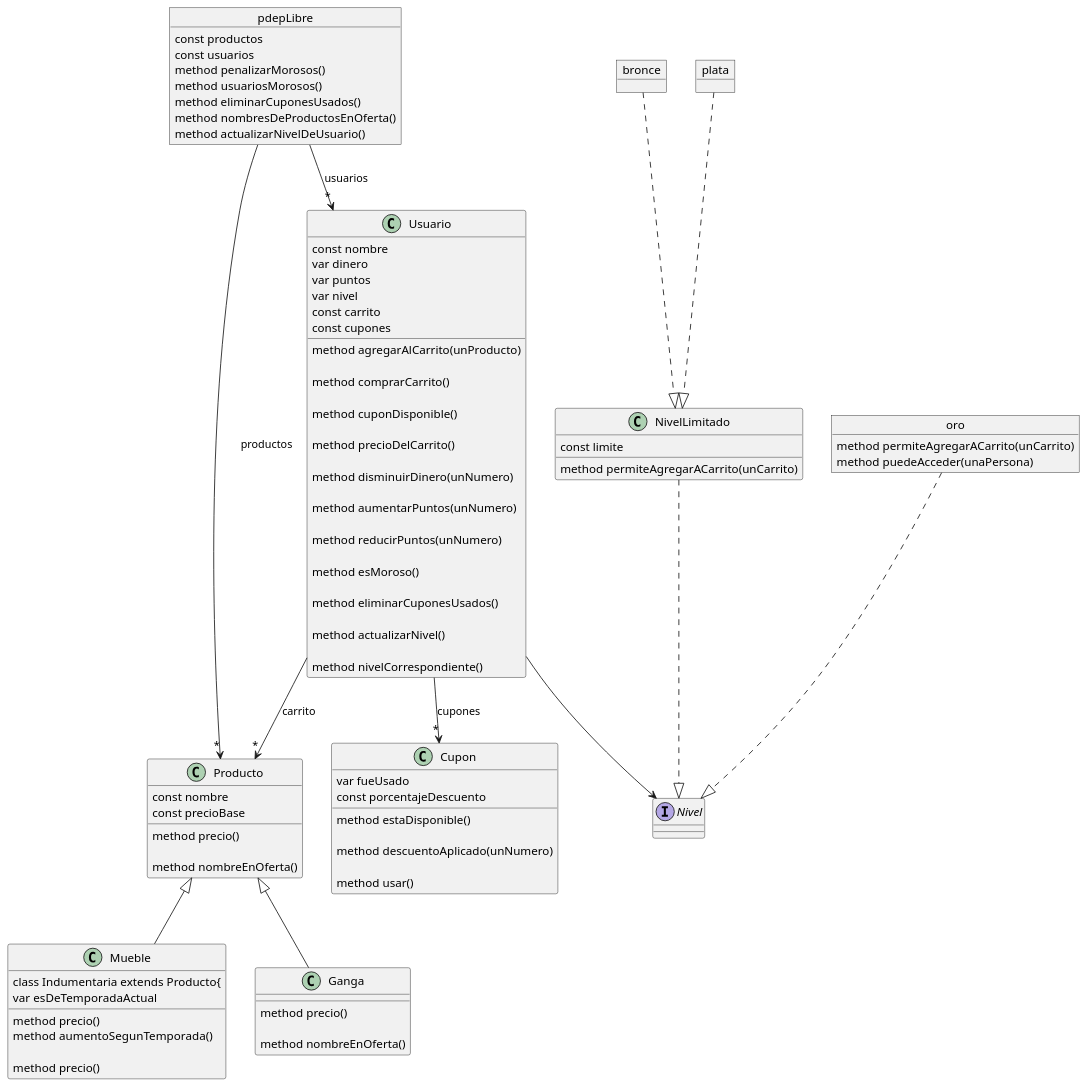
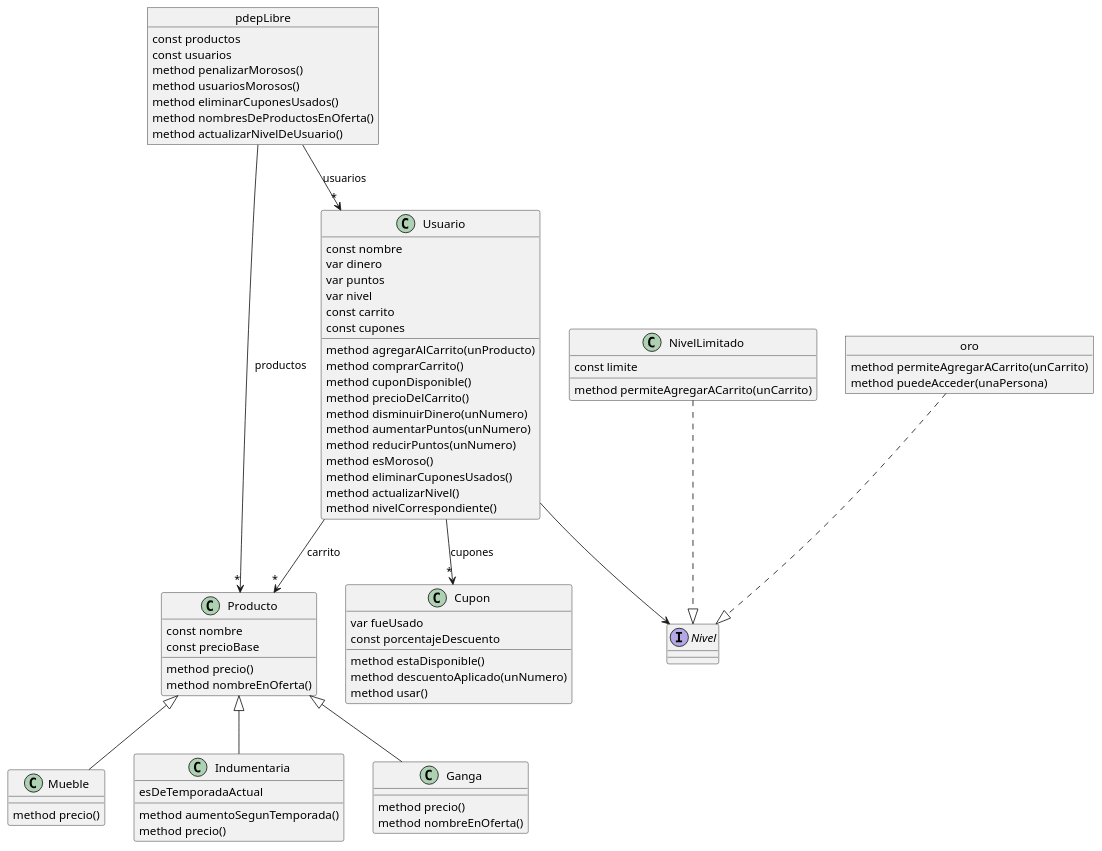
One commit to vclevy/Paradigmas changed the diagram in Objetos/Parciales/PdepLibreV/pdepLibreDC.plantuml. Above: the diagram before and after it, drawn with PlantUML.

Commit message:
detalle del DC de PdepLibre

```diff
--- a/Objetos/Parciales/PdepLibreV/pdepLibreDC.plantuml
+++ b/Objetos/Parciales/PdepLibreV/pdepLibreDC.plantuml
@@ -1,122 +1,91 @@
 @startuml
 
 class Producto{
     const nombre
     const precioBase
 
     method precio()
-
     method nombreEnOferta()
 }
 
 class Mueble extends Producto{
     method precio()
+}
 
 class Indumentaria extends Producto{
-    var esDeTemporadaActual
+    esDeTemporadaActual
 
     method aumentoSegunTemporada()
-
     method precio()
 }
 
 class Ganga extends Producto{
-
     method precio()
-
     method nombreEnOferta()
 }
 
 class Cupon{
     var fueUsado 
     const porcentajeDescuento
-
     method estaDisponible() 
-
     method descuentoAplicado(unNumero)
-
     method usar()
 }
 
 class Usuario{
     const nombre
     var dinero
     var puntos
     var nivel
     const carrito
     const cupones
 
     method agregarAlCarrito(unProducto)
-
     method comprarCarrito()
-
     method cuponDisponible() 
-
     method precioDelCarrito()
-
     method disminuirDinero(unNumero)
-
     method aumentarPuntos(unNumero)
-
     method reducirPuntos(unNumero)
-    
     method esMoroso()
-
     method eliminarCuponesUsados()
-
     method actualizarNivel()
-    
     method nivelCorrespondiente()
 }
 
 
 class NivelLimitado{
     const limite
 
     method permiteAgregarACarrito(unCarrito)
 }
 
-object bronce{
-
-}
-
-object plata{
-    
-}
-
 object oro{
    method permiteAgregarACarrito(unCarrito)
-
    method puedeAcceder(unaPersona)
 }
 
 object pdepLibre{
     const productos 
     const usuarios 
 
     method penalizarMorosos()
-
     method usuariosMorosos()
-
     method eliminarCuponesUsados()
-
     method nombresDeProductosEnOferta()
-
     method actualizarNivelDeUsuario()
 }
 
 interface Nivel{
 
 }
 
 pdepLibre --> "*" Usuario : usuarios 
 pdepLibre --> "*" Producto : productos
 Usuario --> "*" Producto : carrito
 Usuario --> Nivel
 Usuario --> "*" Cupon : cupones
 oro ..|> Nivel
 NivelLimitado ..|> Nivel
-bronce ..|> NivelLimitado
-plata ..|> NivelLimitado
 
 @enduml
```
